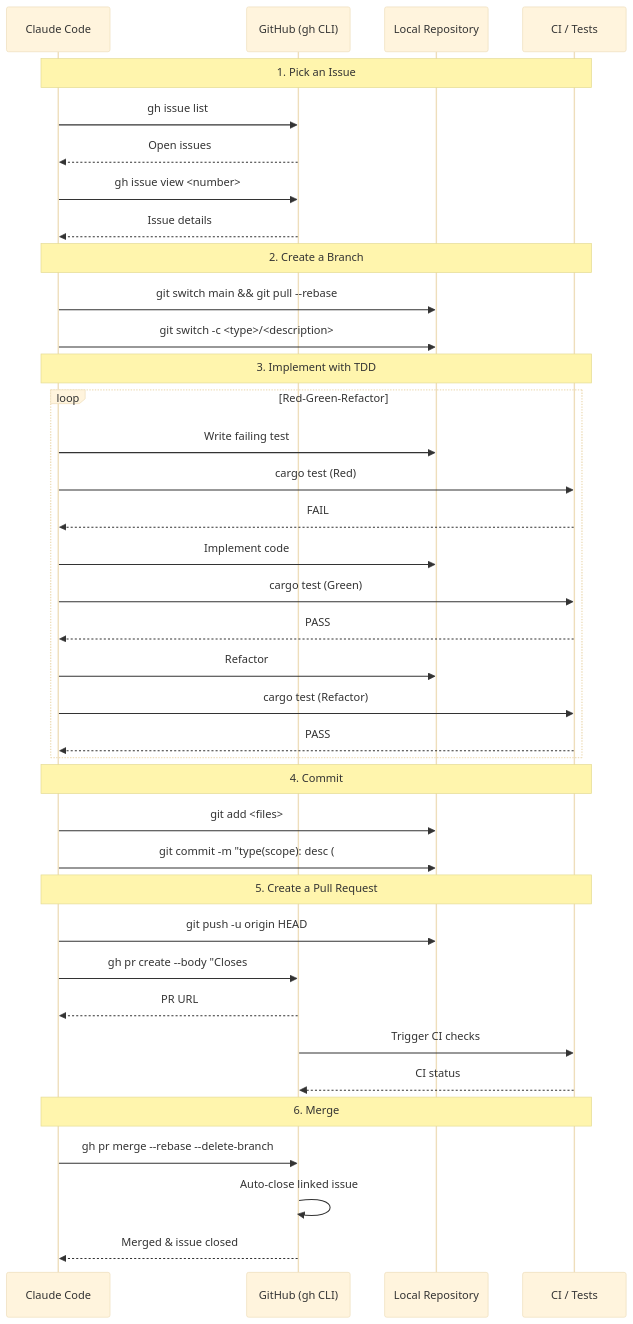
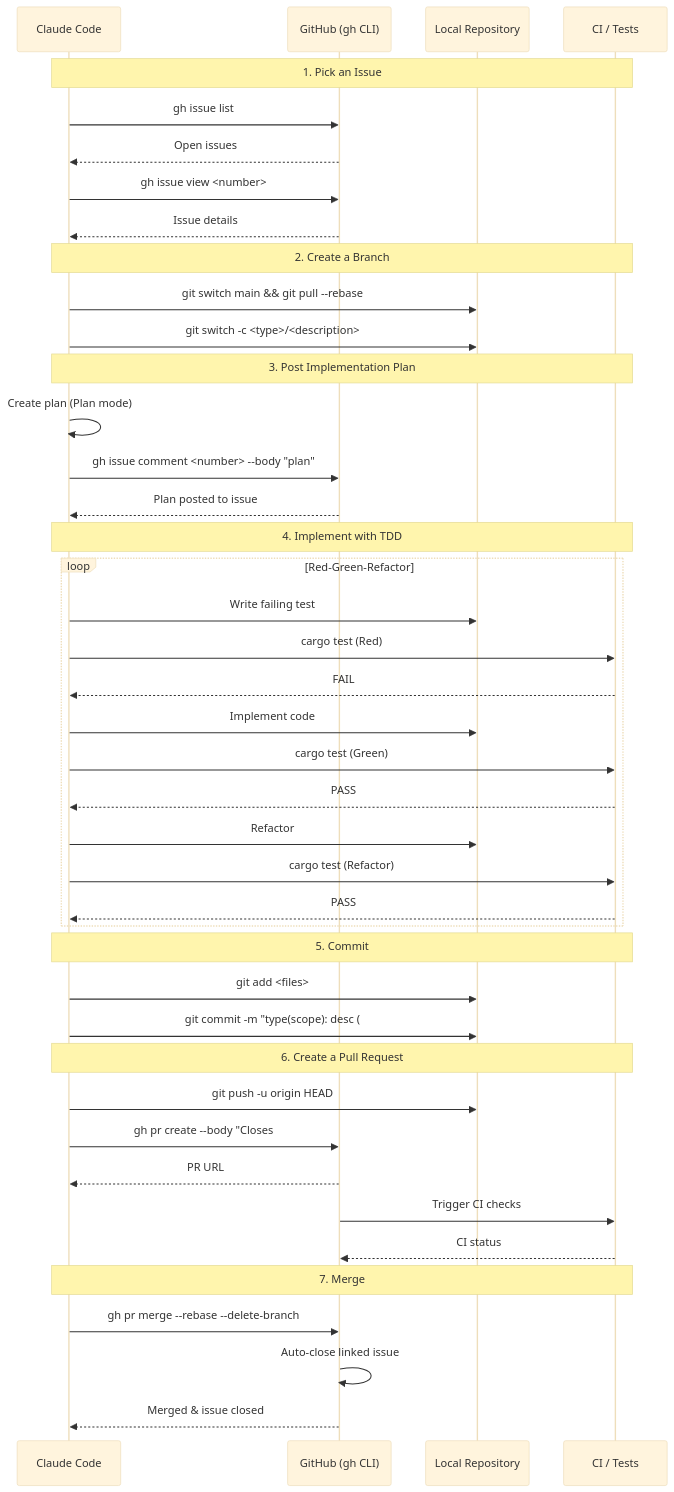
The diagram in docs/DEVELOPMENT_WORKFLOW.md (sotayamashita/todo-scan), drawn with Mermaid (base theme) before and after one commit. The commit also changed other lines of this file, not shown here.

First line of the commit message:
docs(workflow): add plan-to-issue comment step (#11)

````diff
--- a/docs/DEVELOPMENT_WORKFLOW.md
+++ b/docs/DEVELOPMENT_WORKFLOW.md
@@ -7,46 +7,51 @@
 ```mermaid
 sequenceDiagram
     participant Dev as Claude Code
     participant GH as GitHub (gh CLI)
     participant Repo as Local Repository
     participant CI as CI / Tests
 
     Note over Dev,CI: 1. Pick an Issue
     Dev->>GH: gh issue list
     GH-->>Dev: Open issues
     Dev->>GH: gh issue view <number>
     GH-->>Dev: Issue details
 
     Note over Dev,CI: 2. Create a Branch
     Dev->>Repo: git switch main && git pull --rebase
     Dev->>Repo: git switch -c <type>/<description>
 
-    Note over Dev,CI: 3. Implement with TDD
+    Note over Dev,CI: 3. Post Implementation Plan
+    Dev->>Dev: Create plan (Plan mode)
+    Dev->>GH: gh issue comment <number> --body "plan"
+    GH-->>Dev: Plan posted to issue
+
+    Note over Dev,CI: 4. Implement with TDD
     loop Red-Green-Refactor
         Dev->>Repo: Write failing test
         Dev->>CI: cargo test (Red)
         CI-->>Dev: FAIL
         Dev->>Repo: Implement code
         Dev->>CI: cargo test (Green)
         CI-->>Dev: PASS
         Dev->>Repo: Refactor
         Dev->>CI: cargo test (Refactor)
         CI-->>Dev: PASS
     end
 
-    Note over Dev,CI: 4. Commit
+    Note over Dev,CI: 5. Commit
     Dev->>Repo: git add <files>
     Dev->>Repo: git commit -m "type(scope): desc (#N)"
 
-    Note over Dev,CI: 5. Create a Pull Request
+    Note over Dev,CI: 6. Create a Pull Request
     Dev->>Repo: git push -u origin HEAD
     Dev->>GH: gh pr create --body "Closes #N"
     GH-->>Dev: PR URL
     GH->>CI: Trigger CI checks
     CI-->>GH: CI status
 
-    Note over Dev,CI: 6. Merge
+    Note over Dev,CI: 7. Merge
     Dev->>GH: gh pr merge --rebase --delete-branch
     GH->>GH: Auto-close linked issue
     GH-->>Dev: Merged & issue closed
 ```
````
